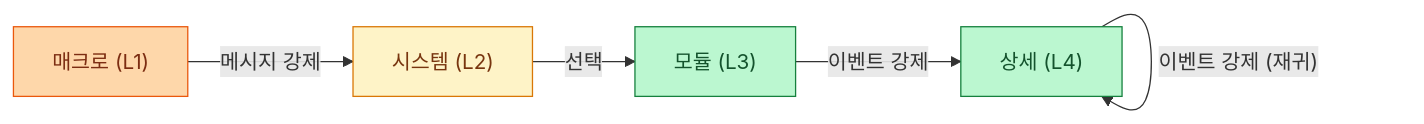
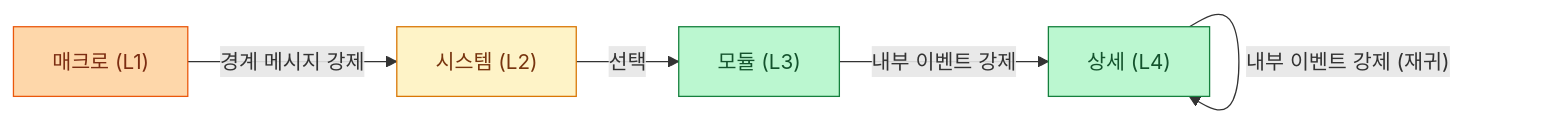
Before and after one commit to ryujt/project-guides: the second of 2 diagrams in method-R.md, drawn with Mermaid. The commit also changed other lines of this file, not shown here.

````diff
--- a/method-R.md
+++ b/method-R.md
@@ -332,16 +471,16 @@
 ```mermaid
 flowchart LR
     classDef msg fill:#fed7aa,stroke:#ea580c,color:#7c2d12
     classDef evt fill:#bbf7d0,stroke:#15803d,color:#14532d
     classDef hybrid fill:#fef3c7,stroke:#d97706,color:#78350f
 
     M1["매크로 (L1)"]:::msg
     M2["시스템 (L2)"]:::hybrid
     M3["모듈 (L3)"]:::evt
     M4["상세 (L4)"]:::evt
 
-    M1 -- "메시지 강제" --> M2
+    M1 -- "경계 메시지 강제" --> M2
     M2 -- "선택" --> M3
-    M3 -- "이벤트 강제" --> M4
-    M4 -- "이벤트 강제 (재귀)" --> M4
+    M3 -- "내부 이벤트 강제" --> M4
+    M4 -- "내부 이벤트 강제 (재귀)" --> M4
 ```
````
